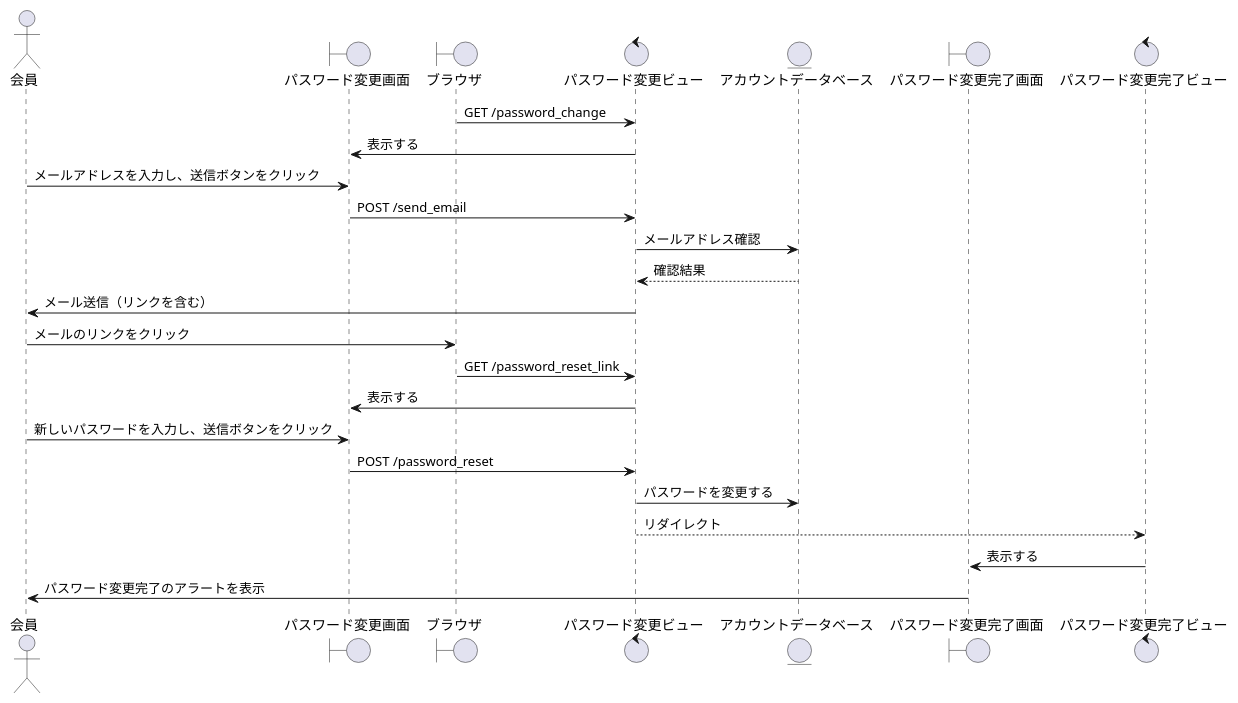
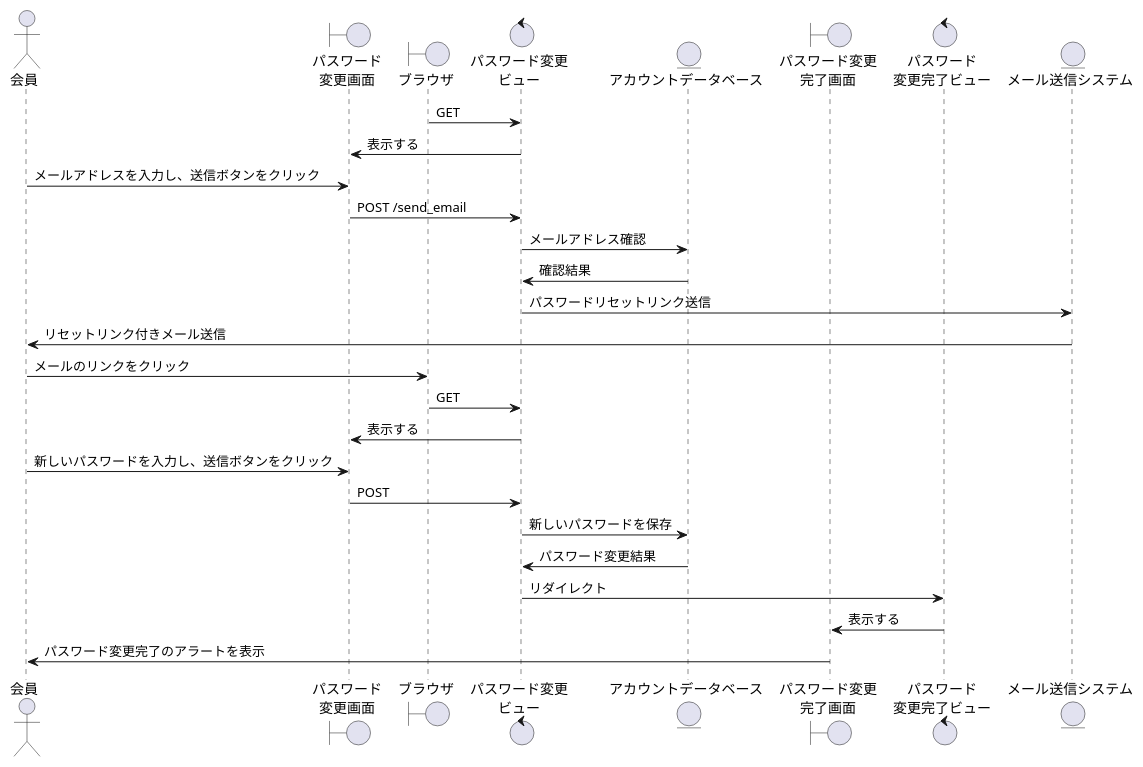
The diagram in 卒業研究/パスワード変更.wsd (ysyk-wtnb16/team_D), drawn with PlantUML before and after one commit. The commit also changed 3 other files, not shown here.

```diff
--- a/卒業研究/パスワード変更.wsd
+++ b/卒業研究/パスワード変更.wsd
@@ -1,31 +1,34 @@
 ' @startuml password_change
 
 ' actor "会員" as act
-' boundary "パスワード変更画面" as PasswordChangeScreen
-' boundary "ブラウザ" as Browser
-' control "パスワード変更ビュー" as PasswordChangeView
+' boundary "パスワード\n変更画面" as PasswordChangeScreen
+' boundary "ブラウザ" as brz
+' control "パスワード変更\nビュー" as PasswordChangeView
 ' entity "アカウントデータベース" as AccountDB
-' boundary "パスワード変更完了画面" as PasswordChangeCompleteScreen
-' control "パスワード変更完了ビュー" as PasswordChangeCompleteView
+' boundary "パスワード変更\n完了画面" as PasswordChangeCompleteScreen
+' control "パスワード\n変更完了ビュー" as PasswordChangeCompleteView
+' entity "メール送信システム" as MailSystem
 
-' Browser -> PasswordChangeView: GET /password_change
+' ' ステップ1: メールアドレス入力と送信ボタンクリック
+' brz -> PasswordChangeView: GET 
 ' PasswordChangeView -> PasswordChangeScreen: 表示する
-
 ' act -> PasswordChangeScreen: メールアドレスを入力し、送信ボタンをクリック
 ' PasswordChangeScreen -> PasswordChangeView: POST /send_email
 ' PasswordChangeView -> AccountDB: メールアドレス確認
-' PasswordChangeView <-- AccountDB: 確認結果
-' PasswordChangeView -> act: メール送信（リンクを含む）
+' AccountDB -> PasswordChangeView: 確認結果
+' PasswordChangeView -> MailSystem: パスワードリセットリンク送信
+' MailSystem -> act: リセットリンク付きメール送信
 
-' act -> Browser: メールのリンクをクリック
-' Browser -> PasswordChangeView: GET /password_reset_link
+' ' ステップ2: リセットリンクのクリック
+' act -> brz: メールのリンクをクリック
+' brz -> PasswordChangeView: GET 
 ' PasswordChangeView -> PasswordChangeScreen: 表示する
+' act -> PasswordChangeScreen: 新しいパスワードを入力し、送信ボタンをクリック
+' PasswordChangeScreen -> PasswordChangeView: POST 
+' PasswordChangeView -> AccountDB: 新しいパスワードを保存
+' AccountDB -> PasswordChangeView: パスワード変更結果
+' PasswordChangeView -> PasswordChangeCompleteView: リダイレクト
+' PasswordChangeCompleteView -> PasswordChangeCompleteScreen: 表示する
+' PasswordChangeCompleteScreen -> act: パスワード変更完了のアラートを表示
 
-' act -> PasswordChangeScreen: 新しいパスワードを入力し、送信ボタンをクリック
-' PasswordChangeScreen -> PasswordChangeView: POST /password_reset
-' PasswordChangeView -> AccountDB: パスワードを変更する
-' PasswordChangeView --> PasswordChangeCompleteView: リダイレクト
-' PasswordChangeCompleteView -> PasswordChangeCompleteScreen: 表示する
-
-' PasswordChangeCompleteScreen -> act: パスワード変更完了のアラートを表示
 ' @enduml
```
